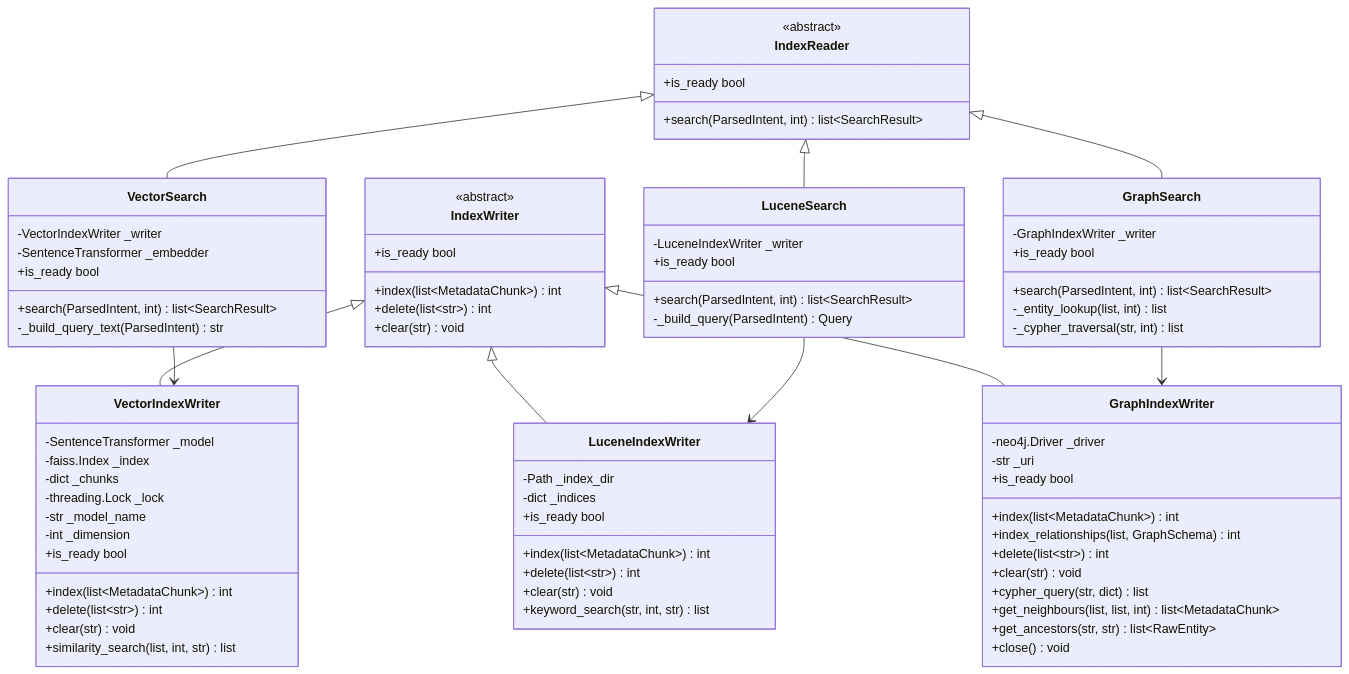
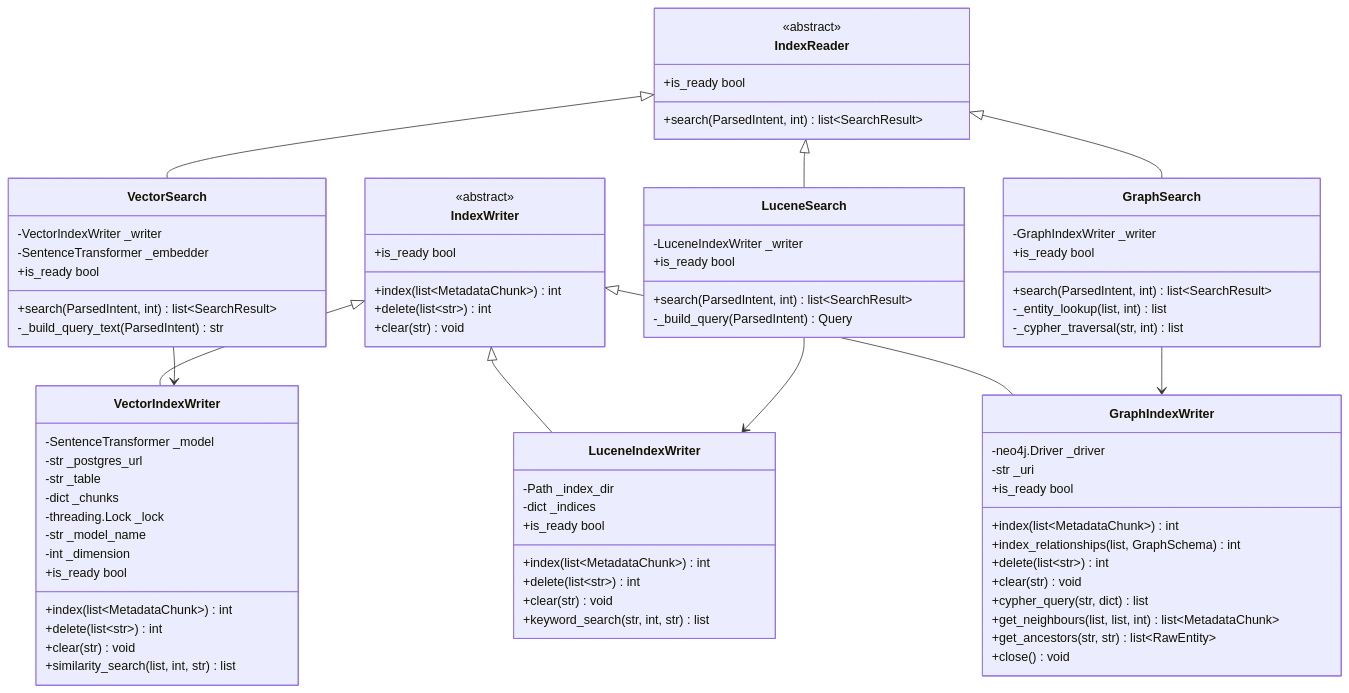
One commit to maheshyaddanapudi/trilayer-generic-search changed the third of 9 diagrams in docs/05-class-diagrams.md. Above: the diagram before and after it, drawn with Mermaid. The commit also changed 8 other files, not shown here.

Commit message:
docs: describe vector index as PGVector (matches implementation); remove FAISS references

```diff
--- a/docs/05-class-diagrams.md
+++ b/docs/05-class-diagrams.md
@@ -236,7 +236,8 @@
 
     class VectorIndexWriter {
         -SentenceTransformer _model
-        -faiss.Index _index
+        -str _postgres_url
+        -str _table
         -dict _chunks
         -threading.Lock _lock
         -str _model_name
```
